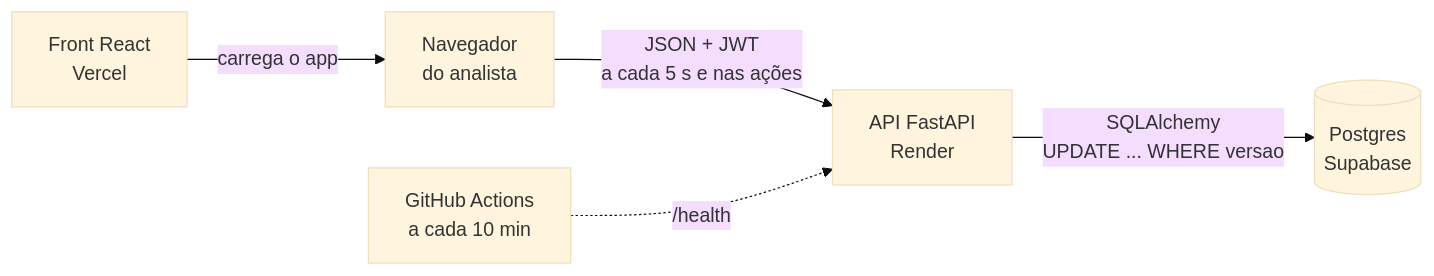
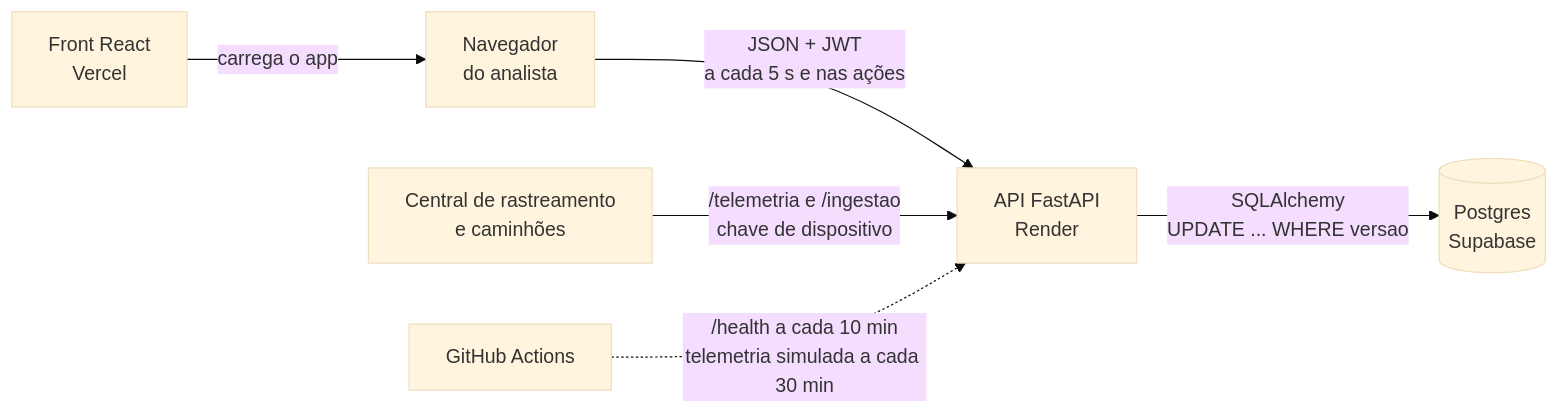
The diagram in README.md (HeitorM50/logos-incidentes), drawn with Mermaid (base theme) before and after one commit. The commit also changed other lines of this file and 1 other file, not shown here.

````diff
--- a/README.md
+++ b/README.md
@@ -125,7 +125,8 @@
 ```mermaid
 flowchart LR
     V[Front React<br/>Vercel] -->|carrega o app| A[Navegador<br/>do analista]
     A -->|JSON + JWT<br/>a cada 5 s e nas ações| R[API FastAPI<br/>Render]
     R -->|SQLAlchemy<br/>UPDATE ... WHERE versao| P[(Postgres<br/>Supabase)]
-    G[GitHub Actions<br/>a cada 10 min] -.->|/health| R
+    T[Central de rastreamento<br/>e caminhões] -->|/telemetria e /ingestao<br/>chave de dispositivo| R
+    G[GitHub Actions] -.->|/health a cada 10 min<br/>telemetria simulada a cada 30 min| R
 ```
````
